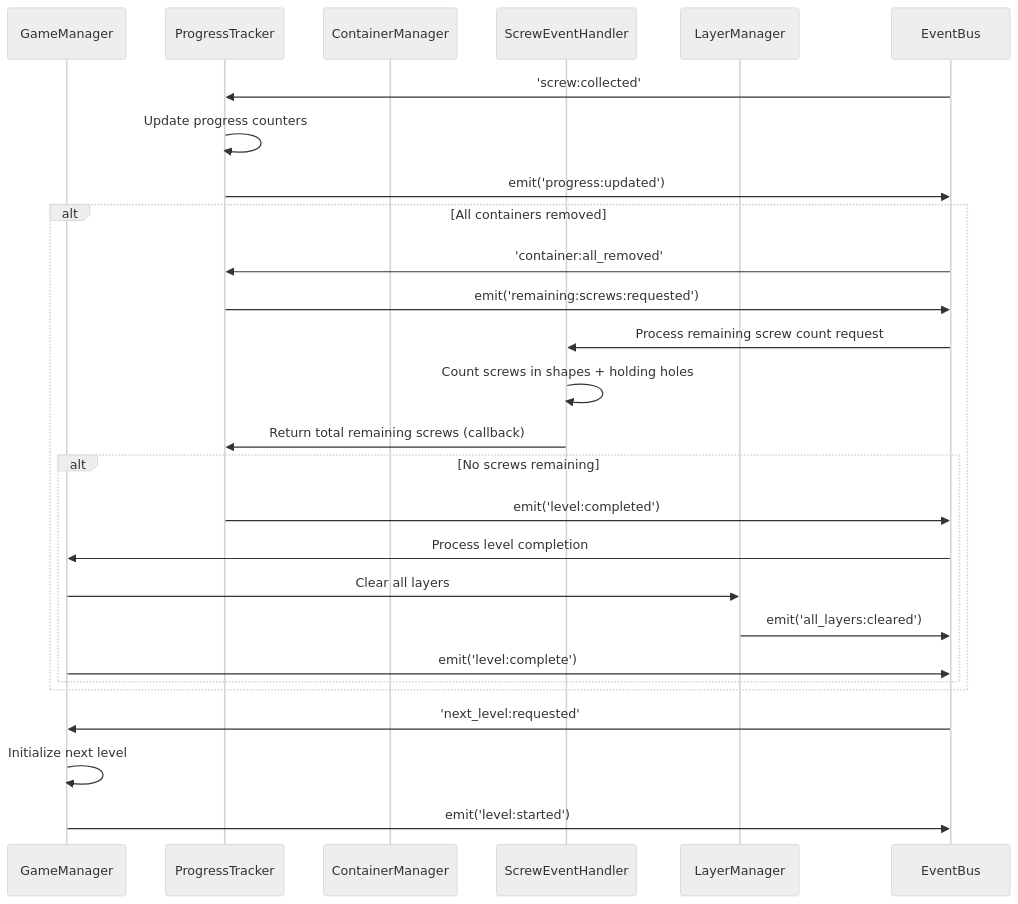
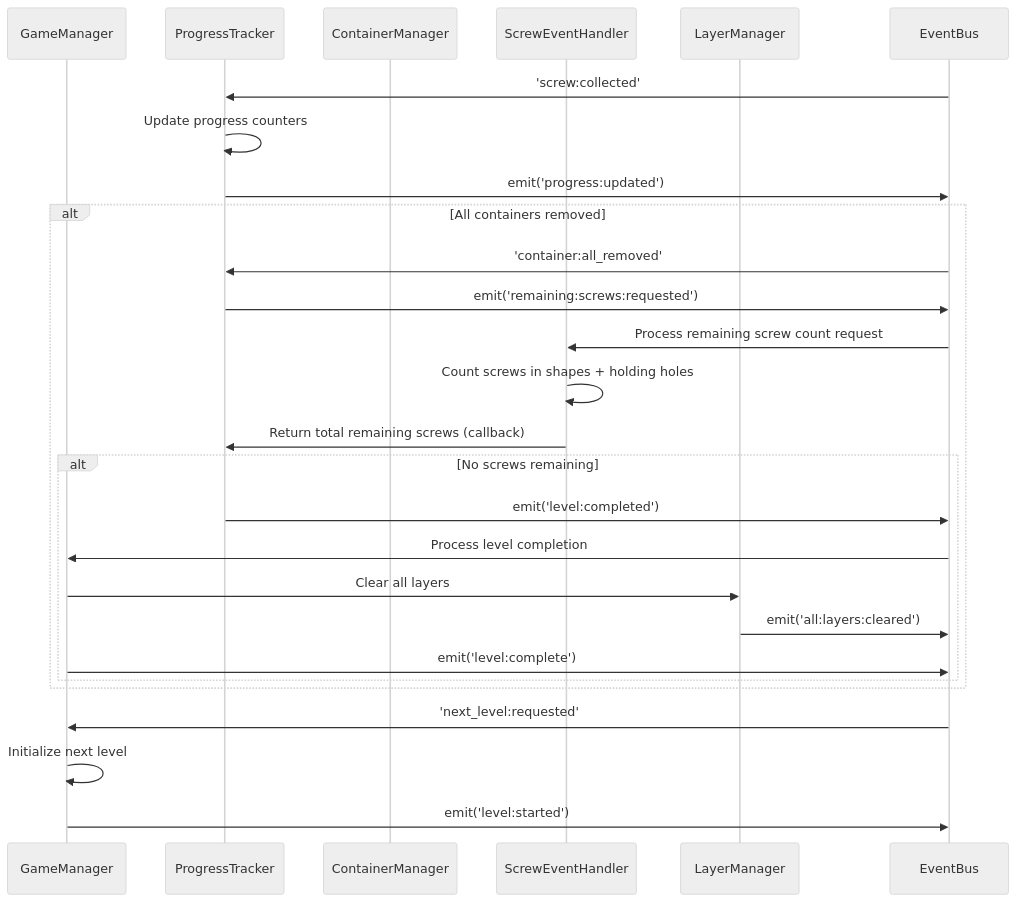
One commit to paulrobello/par-shape-2d changed the third of 6 diagrams in docs/game_event_flows.md. Above: the diagram before and after it, drawn with Mermaid (neutral theme). The commit also changed other lines of this file and 1 other file, not shown here.

````diff
--- a/docs/game_event_flows.md
+++ b/docs/game_event_flows.md
@@ -235,33 +236,33 @@
 ```mermaid
 sequenceDiagram
     participant GM as GameManager
     participant PT as ProgressTracker
     participant CM as ContainerManager
     participant SEH as ScrewEventHandler
     participant LM as LayerManager
     participant EB as EventBus
 
     EB->>PT: 'screw:collected'
     PT->>PT: Update progress counters
     PT->>EB: emit('progress:updated')
     
     alt All containers removed
         EB->>PT: 'container:all_removed'
         PT->>EB: emit('remaining:screws:requested')
         EB->>SEH: Process remaining screw count request
         SEH->>SEH: Count screws in shapes + holding holes
         SEH->>PT: Return total remaining screws (callback)
         
         alt No screws remaining
             PT->>EB: emit('level:completed')
             EB->>GM: Process level completion
             GM->>LM: Clear all layers
-            LM->>EB: emit('all_layers:cleared')
+            LM->>EB: emit('all:layers:cleared')
             GM->>EB: emit('level:complete')
         end
     end
     
     EB->>GM: 'next_level:requested'
     GM->>GM: Initialize next level
     GM->>EB: emit('level:started')
 ```
````
